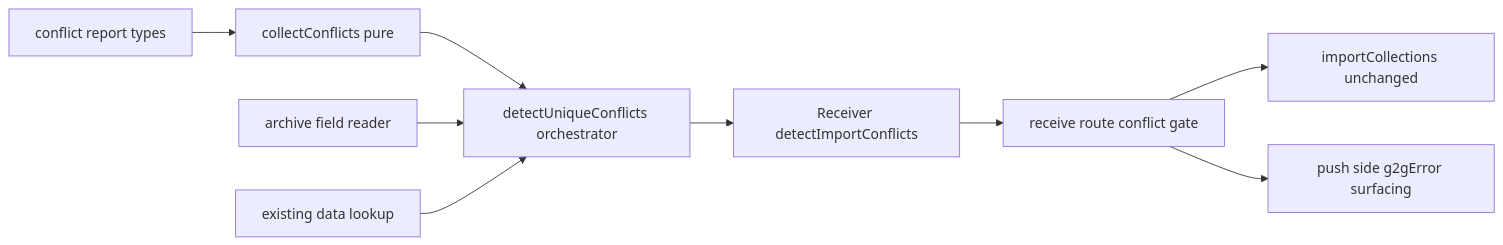
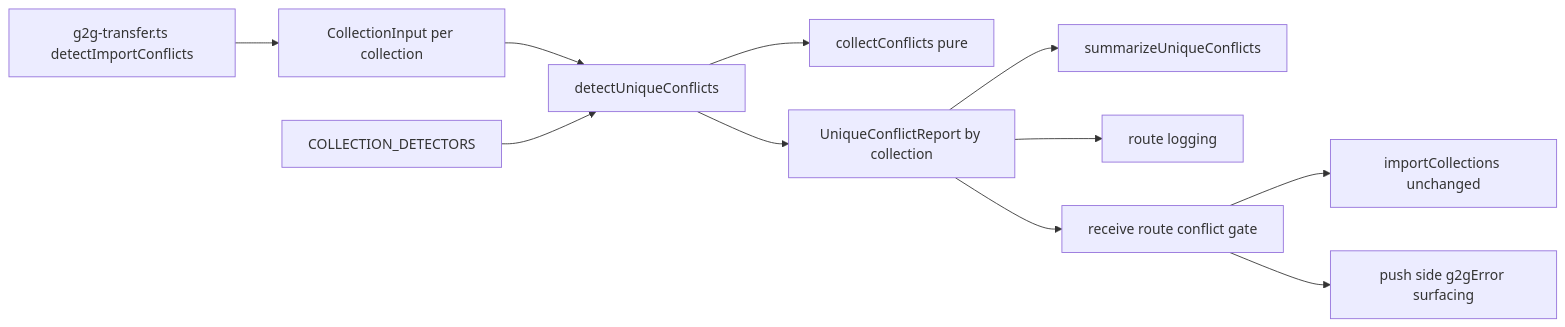
Before and after one commit to growilabs/growi: the first of 3 diagrams in .kiro/specs/g2g-import-conflict-detection/design.md, drawn with Mermaid. The commit also changed other lines of this file and 16 other files, not shown here.

First line of the commit message:
docs(g2g-import-conflict-detection): port back g2g-external-auth-conflict-detection and retire it

````diff
--- a/.kiro/specs/g2g-import-conflict-detection/design.md
+++ b/.kiro/specs/g2g-import-conflict-detection/design.md
@@ -75,11 +89,13 @@
 ```mermaid
 graph LR
-    Types[conflict report types] --> Pure[collectConflicts pure]
-    Pure --> Orchestrator[detectUniqueConflicts orchestrator]
-    ArchiveReader[archive field reader] --> Orchestrator
-    ExistingLookup[existing data lookup] --> Orchestrator
-    Orchestrator --> ReceiverMethod[Receiver detectImportConflicts]
-    ReceiverMethod --> RouteGate[receive route conflict gate]
+    Caller[g2g-transfer.ts detectImportConflicts] --> Inputs[CollectionInput per collection]
+    Inputs --> Orchestrator[detectUniqueConflicts]
+    Declarations[COLLECTION_DETECTORS] --> Orchestrator
+    Orchestrator --> Pure[collectConflicts pure]
+    Orchestrator --> Report[UniqueConflictReport by collection]
+    Report --> Summarize[summarizeUniqueConflicts]
+    Report --> RouteLog[route logging]
+    Report --> RouteGate[receive route conflict gate]
     RouteGate --> Importer[importCollections unchanged]
     RouteGate --> PushError[push side g2gError surfacing]
 ```
````
